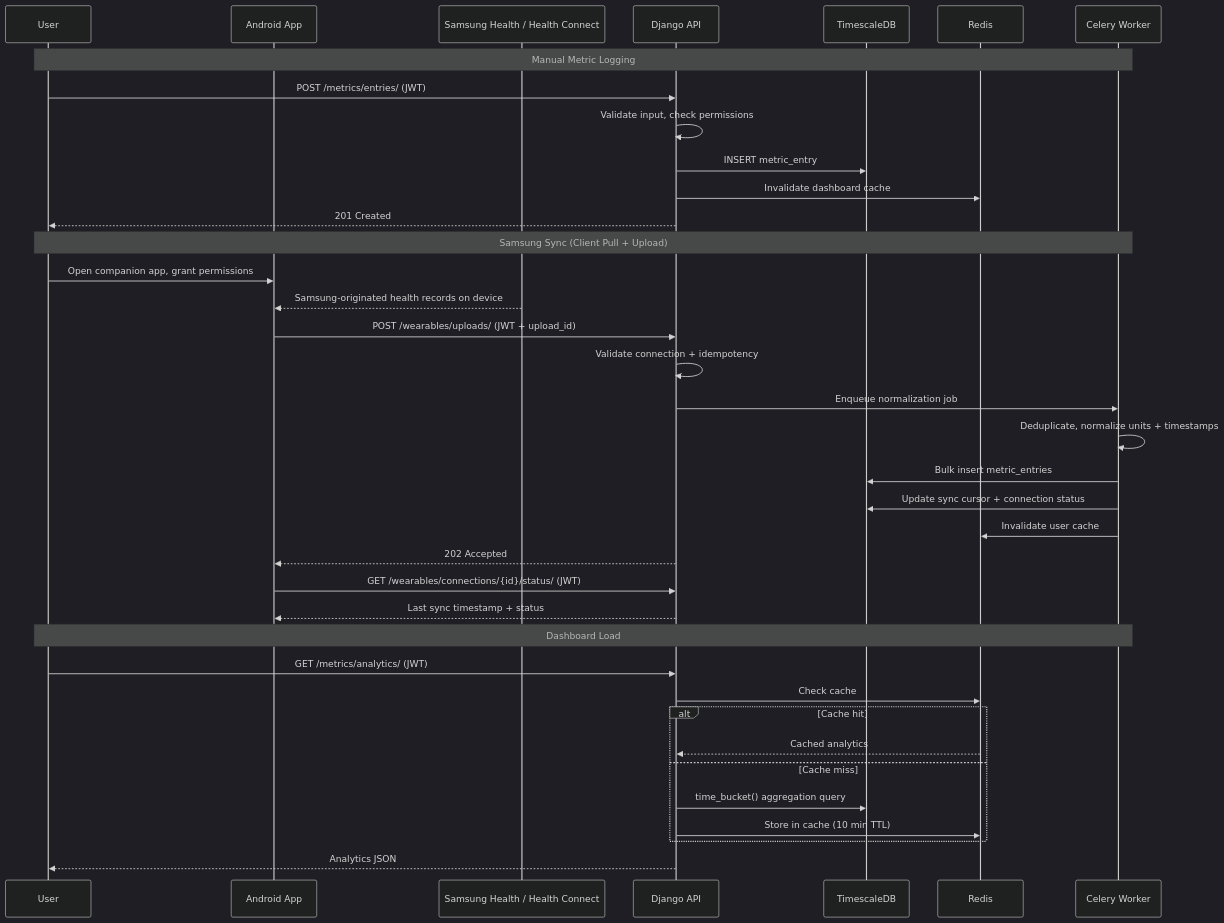
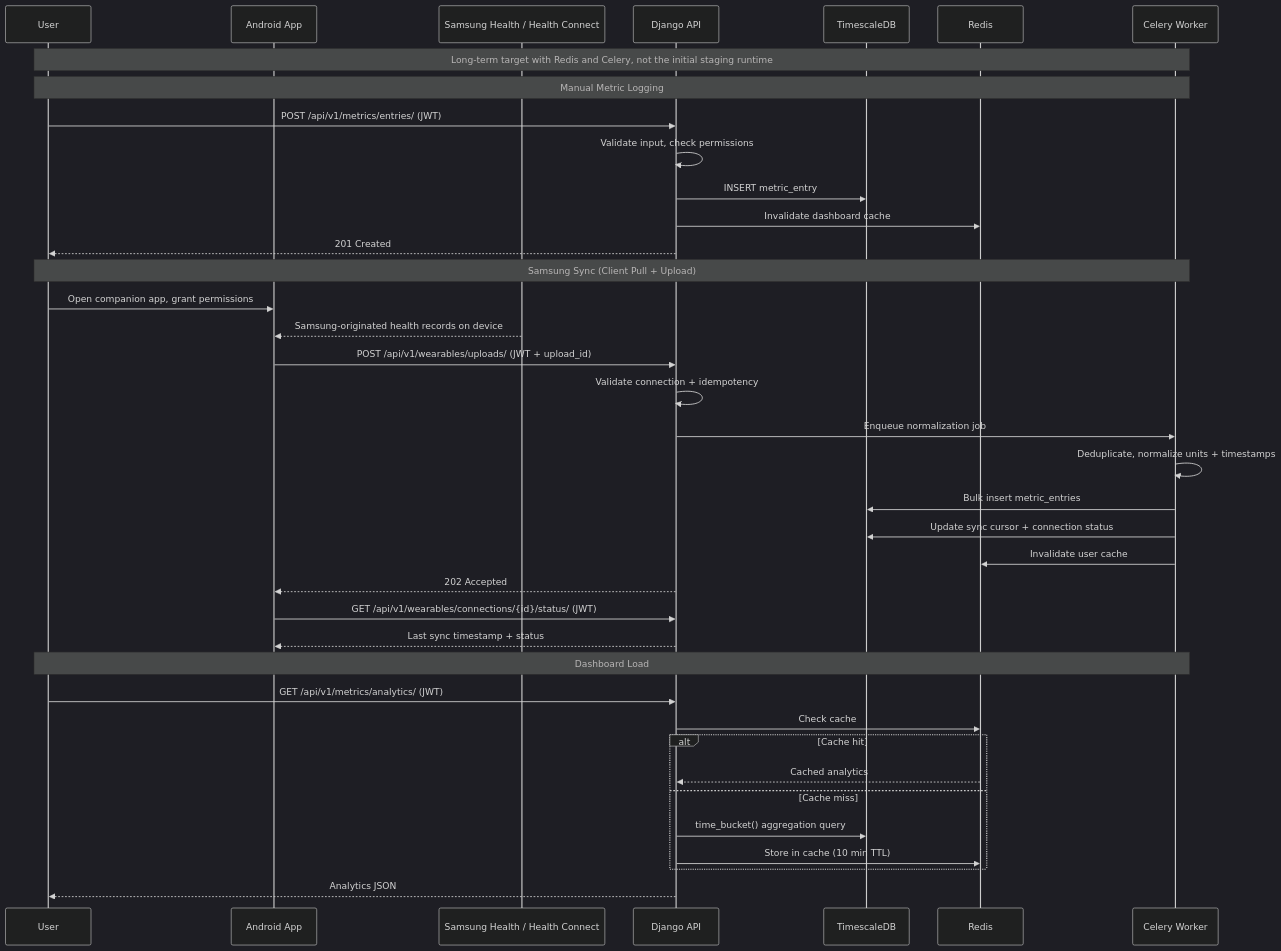
Before and after one commit to elvisrepo/long: the first of 4 diagrams in reference_docs/knowledge/04-data-flow-examples.md, drawn with Mermaid (dark theme). The commit also changed other lines of this file and 1 other file, not shown here.

````diff
--- a/reference_docs/knowledge/04-data-flow-examples.md
+++ b/reference_docs/knowledge/04-data-flow-examples.md
@@ -11,42 +11,44 @@
 ```mermaid
 sequenceDiagram
     participant U as User
     participant A as Android App
     participant H as Samsung Health / Health Connect
     participant API as Django API
     participant DB as TimescaleDB
     participant R as Redis
     participant C as Celery Worker
 
+    Note over U,C: Long-term target with Redis and Celery, not the initial staging runtime
+
     Note over U,C: Manual Metric Logging
-    U->>API: POST /metrics/entries/ (JWT)
+    U->>API: POST /api/v1/metrics/entries/ (JWT)
     API->>API: Validate input, check permissions
     API->>DB: INSERT metric_entry
     API->>R: Invalidate dashboard cache
     API-->>U: 201 Created
 
     Note over U,C: Samsung Sync (Client Pull + Upload)
     U->>A: Open companion app, grant permissions
     H-->>A: Samsung-originated health records on device
-    A->>API: POST /wearables/uploads/ (JWT + upload_id)
+    A->>API: POST /api/v1/wearables/uploads/ (JWT + upload_id)
     API->>API: Validate connection + idempotency
     API->>C: Enqueue normalization job
     C->>C: Deduplicate, normalize units + timestamps
     C->>DB: Bulk insert metric_entries
     C->>DB: Update sync cursor + connection status
     C->>R: Invalidate user cache
     API-->>A: 202 Accepted
-    A->>API: GET /wearables/connections/{id}/status/ (JWT)
+    A->>API: GET /api/v1/wearables/connections/{id}/status/ (JWT)
     API-->>A: Last sync timestamp + status
 
     Note over U,C: Dashboard Load
-    U->>API: GET /metrics/analytics/ (JWT)
+    U->>API: GET /api/v1/metrics/analytics/ (JWT)
     API->>R: Check cache
     alt Cache hit
         R-->>API: Cached analytics
     else Cache miss
         API->>DB: time_bucket() aggregation query
         API->>R: Store in cache (10 min TTL)
     end
     API-->>U: Analytics JSON
 ```
````
